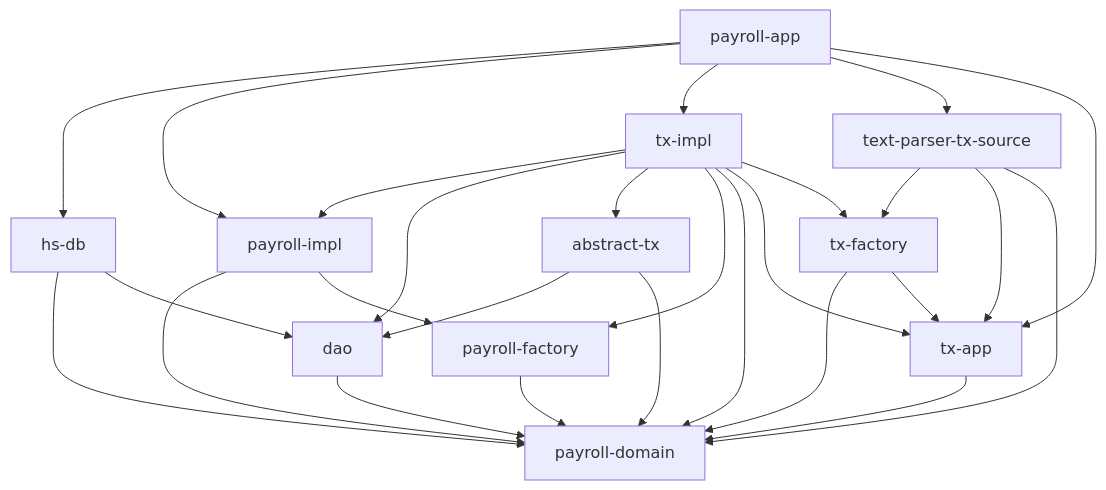
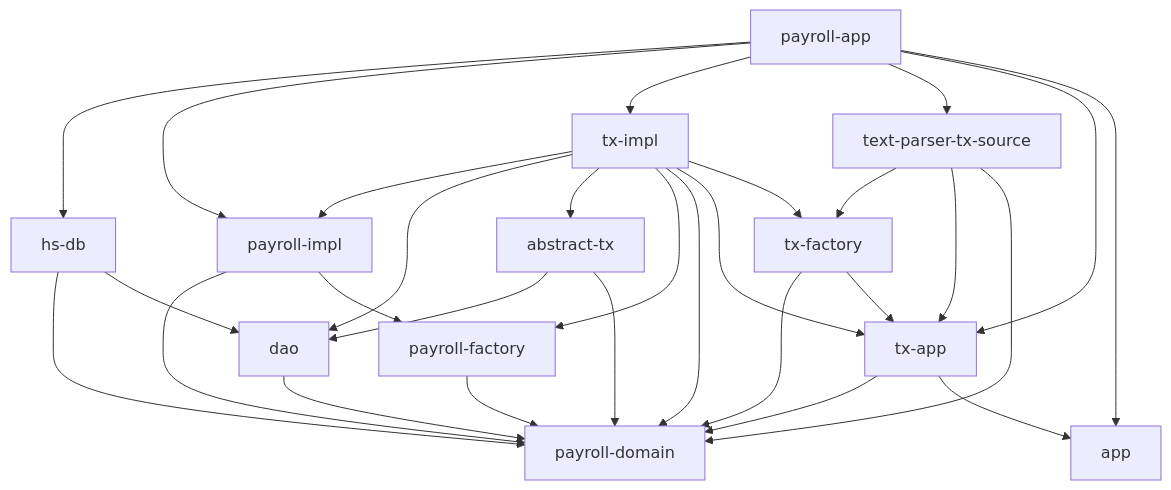
The diagram in README.md (cutsea110/payroll), drawn with Mermaid before and after one commit. The commit also changed 6 other files, not shown here.

````diff
--- a/README.md
+++ b/README.md
@@ -6,39 +6,41 @@
 ```mermaid
 graph TD
 
   payroll-impl --> payroll-domain
   payroll-impl --> payroll-factory
 
   payroll-factory --> payroll-domain
 
   dao --> payroll-domain
 
   abstract-tx --> dao
   abstract-tx --> payroll-domain
 
   tx-impl --> payroll-impl
   tx-impl --> dao
   tx-impl --> abstract-tx
   tx-impl --> payroll-factory
   tx-impl --> payroll-domain
   tx-impl --> tx-app
   tx-impl --> tx-factory
 
   tx-app --> payroll-domain
+  tx-app --> app
 
   tx-factory --> payroll-domain
   tx-factory --> tx-app
 
   text-parser-tx-source --> tx-factory
   text-parser-tx-source --> tx-app
   text-parser-tx-source --> payroll-domain
 
   hs-db --> payroll-domain
   hs-db --> dao
 
   payroll-app --> hs-db
   payroll-app --> payroll-impl
   payroll-app --> tx-impl
   payroll-app --> text-parser-tx-source
   payroll-app --> tx-app
+  payroll-app --> app
 ```
````
